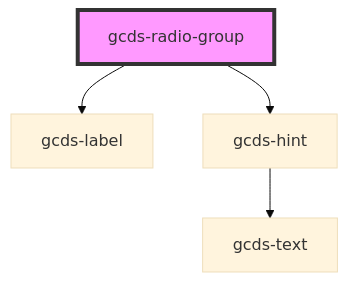
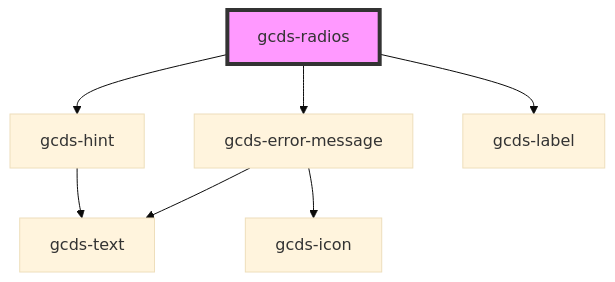
One commit to cds-snc/gcds-components changed the diagram in packages/web/src/components/gcds-radios/readme.md. Above: the diagram before and after it, drawn with Mermaid (base theme). The commit also changed other lines of this file and 10 other files, not shown here.

Commit message:
Add gcds-radios to storybook

````diff
--- a/packages/web/src/components/gcds-radios/readme.md
+++ b/packages/web/src/components/gcds-radios/readme.md
@@ -33,7 +57,10 @@
 ```mermaid
 graph TD;
-  gcds-radio-group --> gcds-label
-  gcds-radio-group --> gcds-hint
+  gcds-radios --> gcds-hint
+  gcds-radios --> gcds-error-message
+  gcds-radios --> gcds-label
   gcds-hint --> gcds-text
-  style gcds-radio-group fill:#f9f,stroke:#333,stroke-width:4px
+  gcds-error-message --> gcds-text
+  gcds-error-message --> gcds-icon
+  style gcds-radios fill:#f9f,stroke:#333,stroke-width:4px
 ```
````
